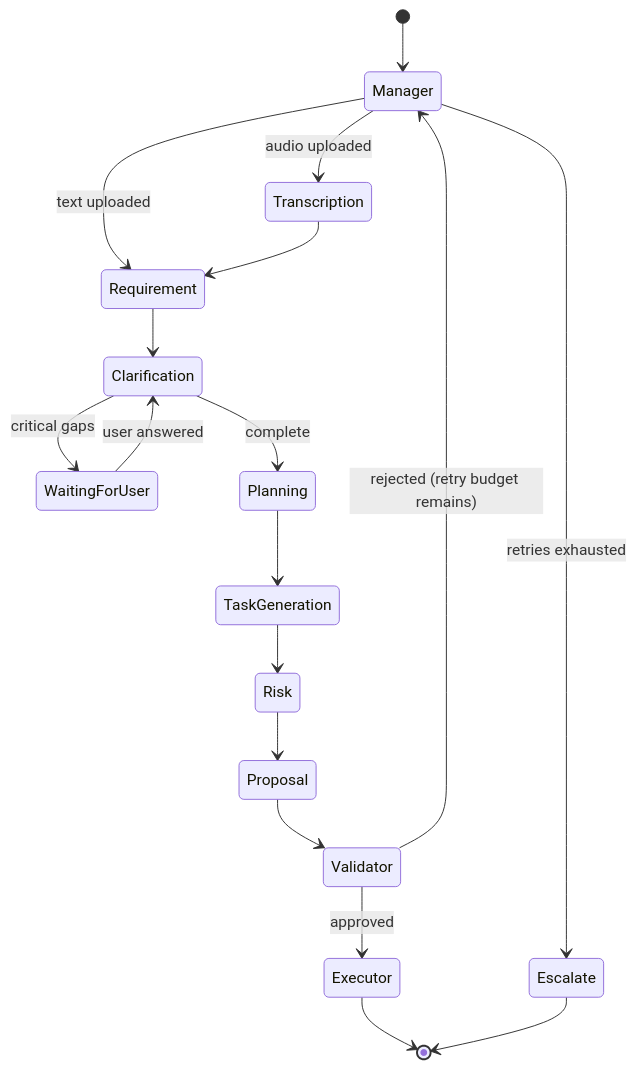
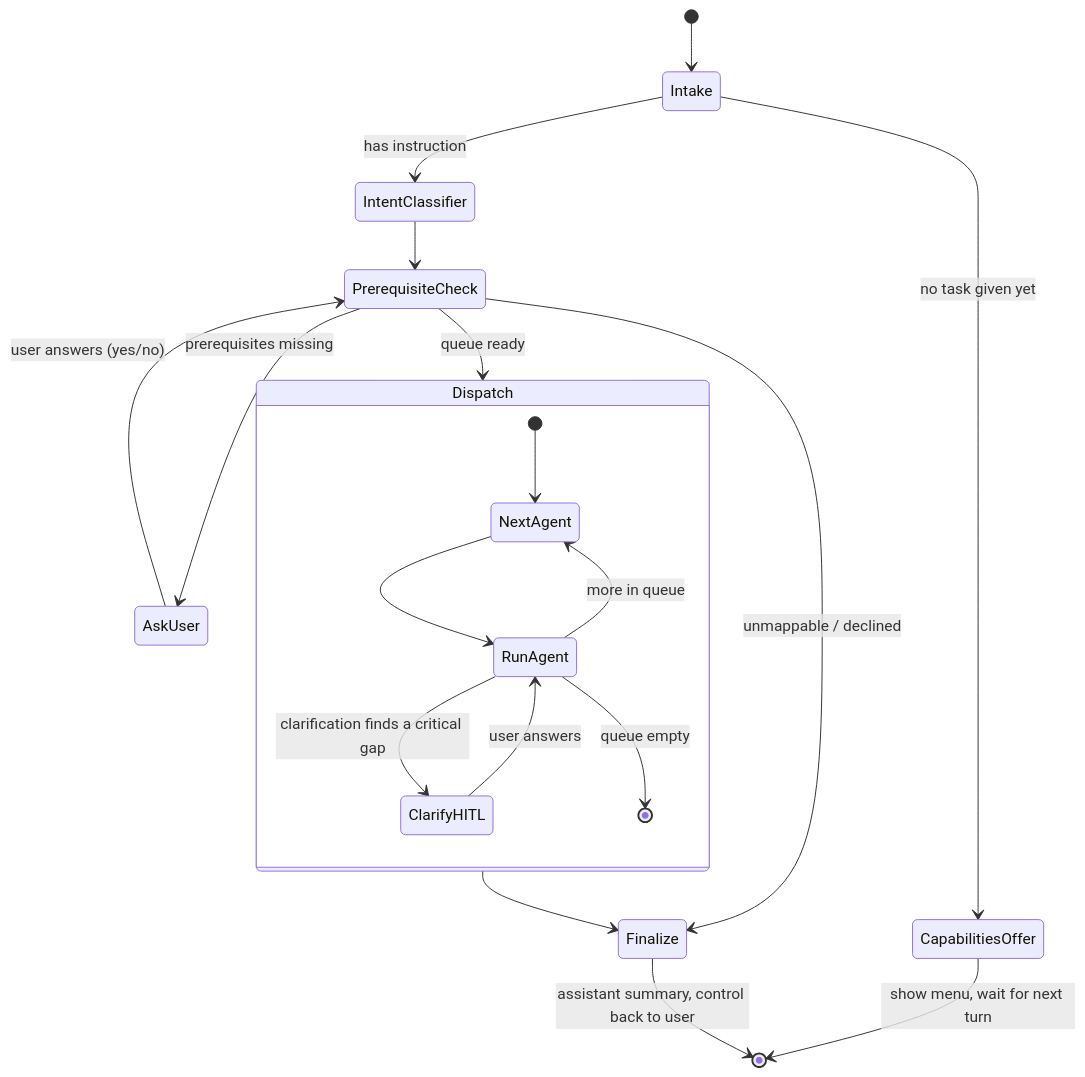
Before and after one commit to Abdulrahmanmoin/agency-operating-system-ai-agent: the diagram in docs/agent_flow.md, drawn with Mermaid. The commit also changed other lines of this file and 36 other files, not shown here.

````diff
--- a/docs/agent_flow.md
+++ b/docs/agent_flow.md
@@ -3,20 +6,25 @@
 ```mermaid
 stateDiagram-v2
-    [*] --> Manager
-    Manager --> Transcription: audio uploaded
-    Manager --> Requirement: text uploaded
-    Transcription --> Requirement
-    Requirement --> Clarification
-    Clarification --> WaitingForUser: critical gaps
-    WaitingForUser --> Clarification: user answered
-    Clarification --> Planning: complete
-    Planning --> TaskGeneration
-    TaskGeneration --> Risk
-    Risk --> Proposal
-    Proposal --> Validator
-    Validator --> Executor: approved
-    Validator --> Manager: rejected (retry budget remains)
-    Manager --> Escalate: retries exhausted
-    Executor --> [*]
-    Escalate --> [*]
+    [*] --> Intake
+    Intake --> CapabilitiesOffer: no task given yet
+    CapabilitiesOffer --> [*]: show menu, wait for next turn
+    Intake --> IntentClassifier: has instruction
+    IntentClassifier --> PrerequisiteCheck
+
+    PrerequisiteCheck --> AskUser: prerequisites missing
+    AskUser --> PrerequisiteCheck: user answers (yes/no)
+    PrerequisiteCheck --> Dispatch: queue ready
+    PrerequisiteCheck --> Finalize: unmappable / declined
+
+    state Dispatch {
+        [*] --> NextAgent
+        NextAgent --> RunAgent
+        RunAgent --> ClarifyHITL: clarification finds a critical gap
+        ClarifyHITL --> RunAgent: user answers
+        RunAgent --> NextAgent: more in queue
+        RunAgent --> [*]: queue empty
+    }
+
+    Dispatch --> Finalize
+    Finalize --> [*]: assistant summary, control back to user
 ```
````
